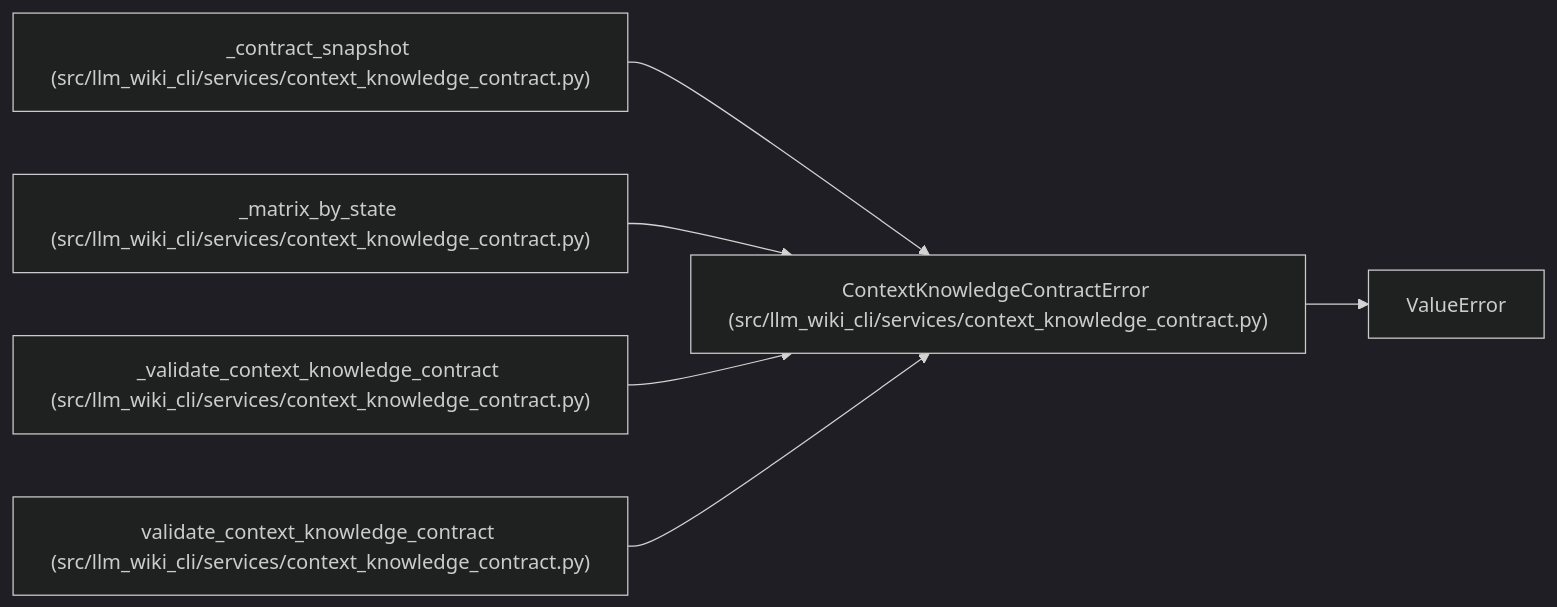
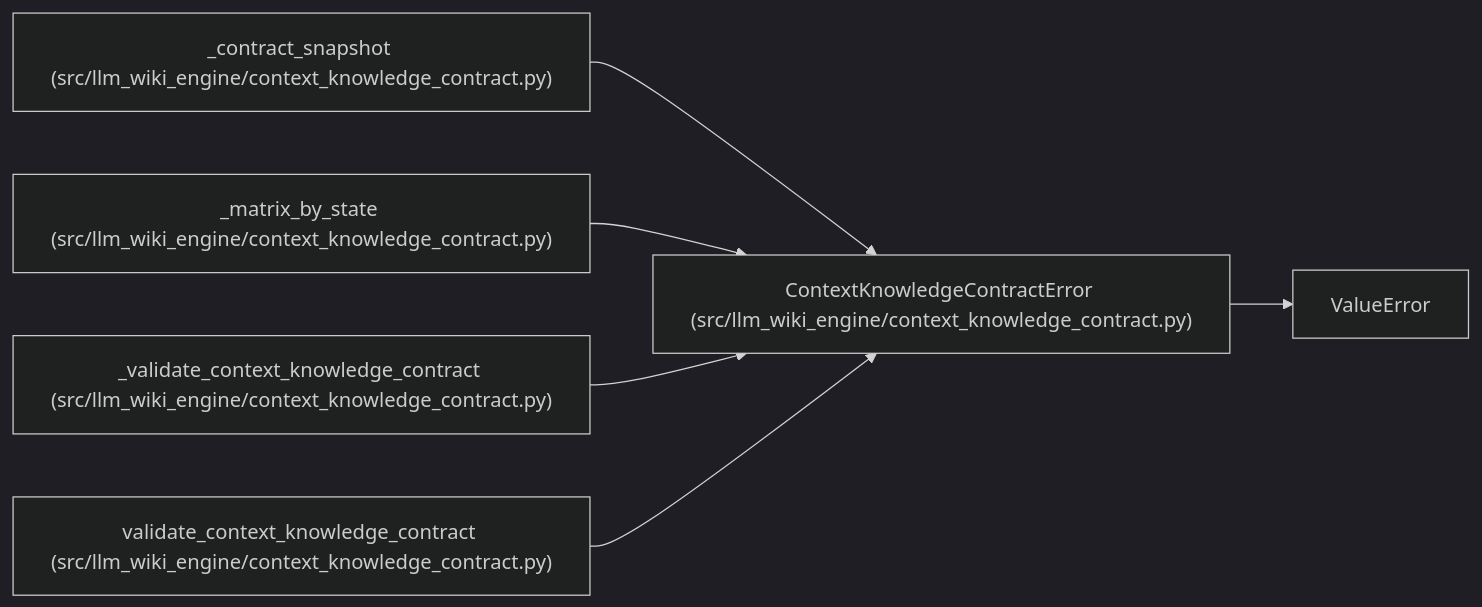
Before and after one commit to Denissvgn/python-wiki-llm: the diagram in docs/llm_wiki/entities/ContextKnowledgeContractError.md, drawn with Mermaid (dark theme). The commit also changed other lines of this file and 1103 other files, not shown here.

First line of the commit message:
docs: refresh the wiki for the llm-wiki-engine distribution

````diff
--- a/docs/llm_wiki/entities/ContextKnowledgeContractError.md
+++ b/docs/llm_wiki/entities/ContextKnowledgeContractError.md
@@ -23,19 +23,19 @@
 ```mermaid
 flowchart LR
-    n0["ContextKnowledgeContractError (src/llm_wiki_cli/services/context_knowledge_contract.py)"]
+    n0["ContextKnowledgeContractError (src/llm_wiki_engine/context_knowledge_contract.py)"]
     n1["ValueError"]
-    n2["_contract_snapshot (src/llm_wiki_cli/services/context_knowledge_contract.py)"]
-    n3["_matrix_by_state (src/llm_wiki_cli/services/context_knowledge_contract.py)"]
-    n4["_validate_context_knowledge_contract (src/llm_wiki_cli/services/context_knowledge_contract.py)"]
-    n5["validate_context_knowledge_contract (src/llm_wiki_cli/services/context_knowledge_contract.py)"]
+    n2["_contract_snapshot (src/llm_wiki_engine/context_knowledge_contract.py)"]
+    n3["_matrix_by_state (src/llm_wiki_engine/context_knowledge_contract.py)"]
+    n4["_validate_context_knowledge_contract (src/llm_wiki_engine/context_knowledge_contract.py)"]
+    n5["validate_context_knowledge_contract (src/llm_wiki_engine/context_knowledge_contract.py)"]
     n0 --> n1
     n2 --> n0
     n3 --> n0
     n4 --> n0
     n5 --> n0
     click n0 "../modules/context_knowledge_contract.md"
     click n2 "../modules/context_knowledge_contract.md"
     click n3 "../modules/context_knowledge_contract.md"
     click n4 "../modules/context_knowledge_contract.md"
     click n5 "../modules/context_knowledge_contract.md"
 ```
````
